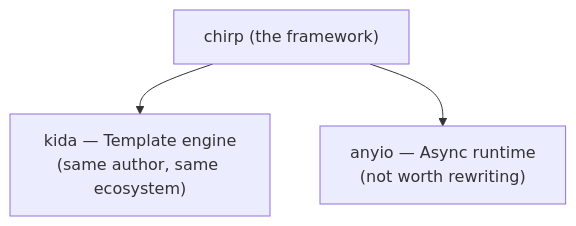
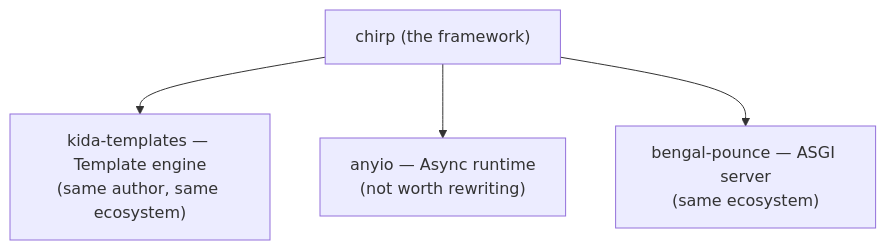
One commit to lbliii/chirp changed the third of 3 diagrams in site/content/docs/about/architecture.md. Above: the diagram before and after it, drawn with Mermaid. The commit also changed other lines of this file and 91 other files, not shown here.

````diff
--- a/site/content/docs/about/architecture.md
+++ b/site/content/docs/about/architecture.md
@@ -166,6 +199,7 @@
 ```mermaid
 flowchart TD
     chirp["chirp (the framework)"]
-    chirp --> kida["kida — Template engine\n(same author, same ecosystem)"]
+    chirp --> kida["kida-templates — Template engine\n(same author, same ecosystem)"]
     chirp --> anyio["anyio — Async runtime\n(not worth rewriting)"]
+    chirp --> pounce["bengal-pounce — ASGI server\n(same ecosystem)"]
 ```
````
